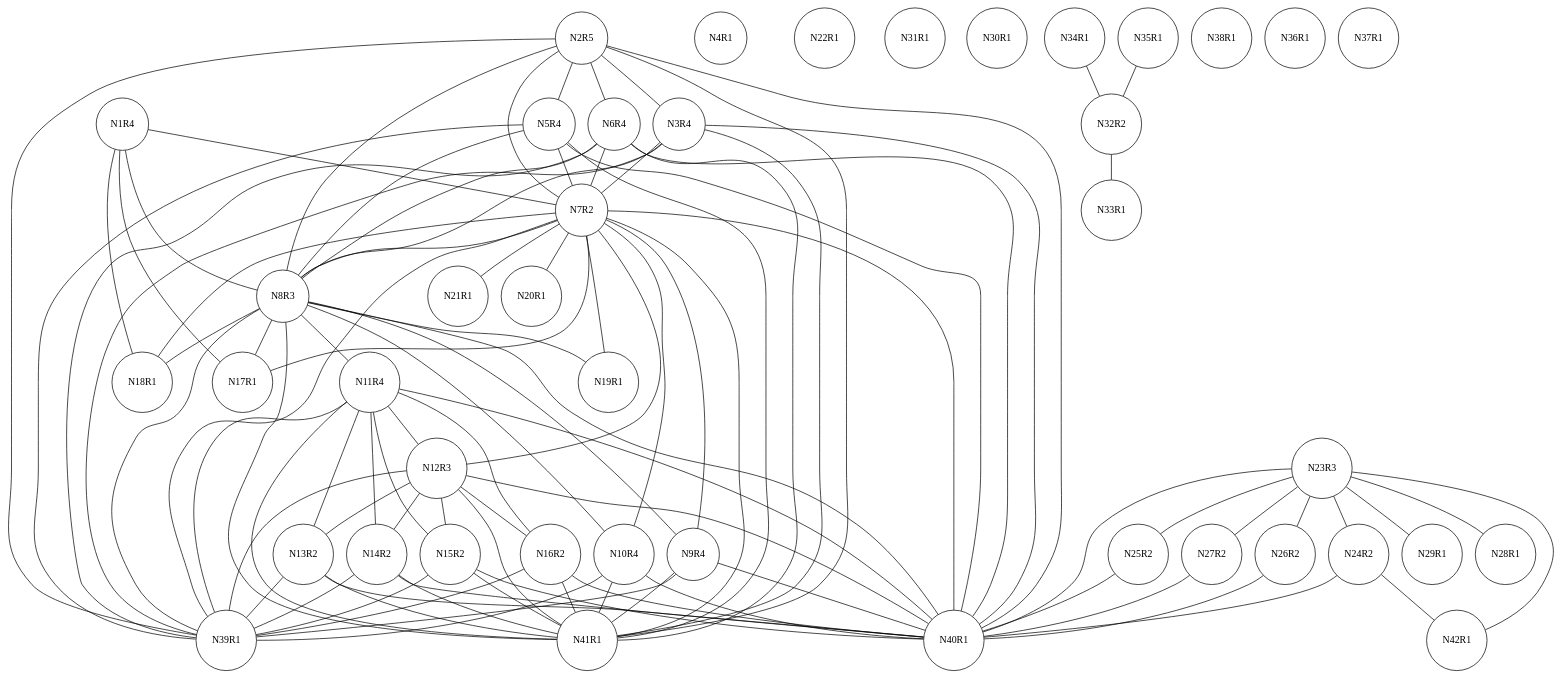
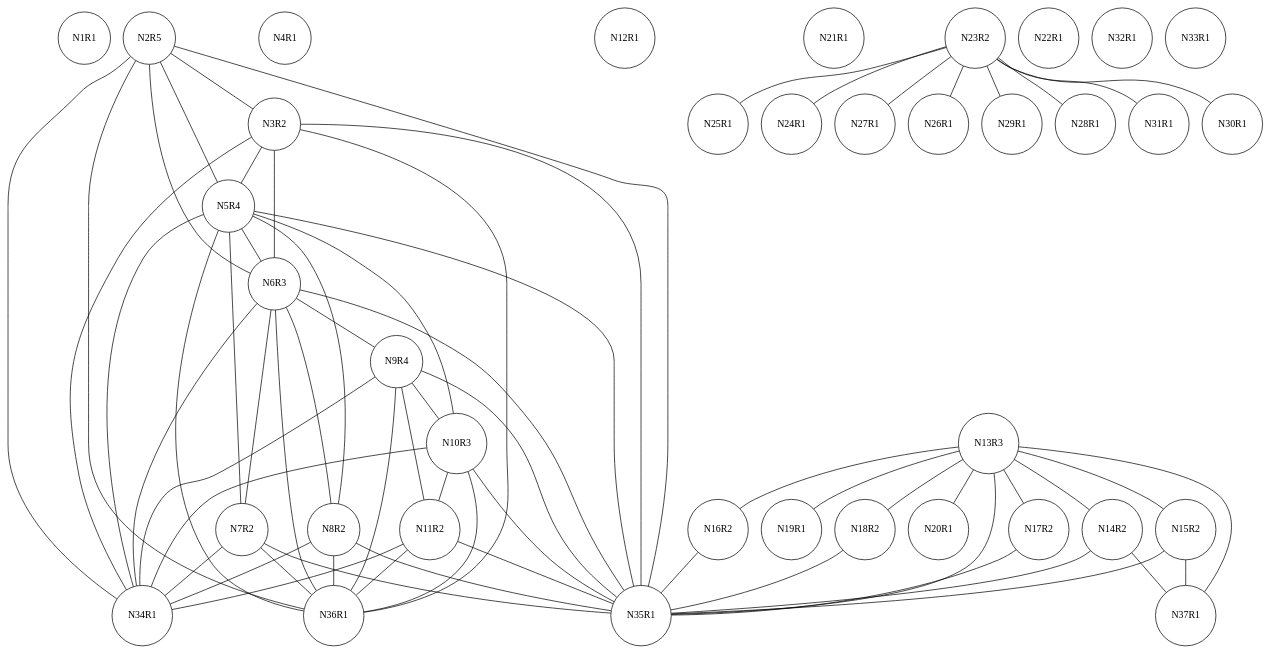
One commit to chris-wood/PL241-Compiler changed the diagram in project/caw001.txt.ig.dot. Above: the diagram before and after it, drawn with Graphviz. The commit also changed 13 other files, not shown here.

```diff
--- a/project/caw001.txt.ig.dot
+++ b/project/caw001.txt.ig.dot
@@ -1,142 +1,106 @@
 graph ig {
     node [shape = circle];
-    N1R4;
+    N1R1;
     N2R5;
-    N3R4;
+    N3R2;
     N4R1;
     N5R4;
-    N6R4;
+    N6R3;
     N7R2;
-    N8R3;
+    N8R2;
     N9R4;
-    N10R4;
-    N11R4;
-    N12R3;
-    N13R2;
+    N10R3;
+    N11R2;
+    N12R1;
+    N13R3;
     N14R2;
     N15R2;
-    N17R1;
+    N17R2;
     N16R2;
     N19R1;
-    N18R1;
+    N18R2;
     N21R1;
     N20R1;
-    N23R3;
+    N23R2;
     N22R1;
-    N25R2;
-    N24R2;
-    N27R2;
-    N26R2;
+    N25R1;
+    N24R1;
+    N27R1;
+    N26R1;
     N29R1;
     N28R1;
     N31R1;
     N30R1;
     N34R1;
     N35R1;
-    N32R2;
+    N32R1;
     N33R1;
-    N38R1;
-    N39R1;
     N36R1;
     N37R1;
-    N42R1;
-    N40R1;
-    N41R1;
-    N1R4 -- N18R1;
-    N1R4 -- N17R1;
-    N1R4 -- N7R2;
-    N1R4 -- N8R3;
-    N2R5 -- N6R4;
+    N2R5 -- N3R2;
     N2R5 -- N5R4;
-    N2R5 -- N40R1;
-    N2R5 -- N39R1;
-    N2R5 -- N7R2;
-    N2R5 -- N41R1;
-    N2R5 -- N8R3;
-    N2R5 -- N3R4;
-    N3R4 -- N40R1;
-    N3R4 -- N39R1;
-    N3R4 -- N7R2;
-    N3R4 -- N41R1;
-    N3R4 -- N8R3;
-    N5R4 -- N40R1;
-    N5R4 -- N39R1;
+    N2R5 -- N35R1;
+    N2R5 -- N36R1;
+    N2R5 -- N6R3;
+    N2R5 -- N34R1;
+    N3R2 -- N5R4;
+    N3R2 -- N35R1;
+    N3R2 -- N36R1;
+    N3R2 -- N6R3;
+    N3R2 -- N34R1;
+    N5R4 -- N10R3;
+    N5R4 -- N8R2;
     N5R4 -- N7R2;
-    N5R4 -- N41R1;
-    N5R4 -- N8R3;
-    N6R4 -- N40R1;
-    N6R4 -- N39R1;
-    N6R4 -- N7R2;
-    N6R4 -- N41R1;
-    N6R4 -- N8R3;
-    N7R2 -- N21R1;
-    N7R2 -- N20R1;
-    N7R2 -- N19R1;
-    N7R2 -- N18R1;
-    N7R2 -- N40R1;
-    N7R2 -- N39R1;
-    N7R2 -- N41R1;
-    N7R2 -- N17R1;
-    N7R2 -- N12R3;
-    N7R2 -- N8R3;
-    N7R2 -- N10R4;
-    N7R2 -- N9R4;
-    N8R3 -- N19R1;
-    N8R3 -- N18R1;
-    N8R3 -- N17R1;
-    N8R3 -- N40R1;
-    N8R3 -- N39R1;
-    N8R3 -- N41R1;
-    N8R3 -- N11R4;
-    N8R3 -- N10R4;
-    N8R3 -- N9R4;
-    N9R4 -- N40R1;
-    N9R4 -- N39R1;
-    N9R4 -- N41R1;
-    N10R4 -- N40R1;
-    N10R4 -- N39R1;
-    N10R4 -- N41R1;
-    N11R4 -- N16R2;
-    N11R4 -- N15R2;
-    N11R4 -- N12R3;
-    N11R4 -- N40R1;
-    N11R4 -- N39R1;
-    N11R4 -- N41R1;
-    N11R4 -- N14R2;
-    N11R4 -- N13R2;
-    N12R3 -- N16R2;
-    N12R3 -- N15R2;
-    N12R3 -- N39R1;
-    N12R3 -- N40R1;
-    N12R3 -- N41R1;
-    N12R3 -- N14R2;
-    N12R3 -- N13R2;
-    N13R2 -- N39R1;
-    N13R2 -- N40R1;
-    N13R2 -- N41R1;
-    N14R2 -- N39R1;
-    N14R2 -- N40R1;
-    N14R2 -- N41R1;
-    N15R2 -- N39R1;
-    N15R2 -- N40R1;
-    N15R2 -- N41R1;
-    N16R2 -- N40R1;
-    N16R2 -- N39R1;
-    N16R2 -- N41R1;
-    N23R3 -- N29R1;
-    N23R3 -- N28R1;
-    N23R3 -- N27R2;
-    N23R3 -- N26R2;
-    N23R3 -- N24R2;
-    N23R3 -- N42R1;
-    N23R3 -- N40R1;
-    N23R3 -- N25R2;
-    N25R2 -- N40R1;
-    N24R2 -- N42R1;
-    N24R2 -- N40R1;
-    N27R2 -- N40R1;
-    N26R2 -- N40R1;
-    N34R1 -- N32R2;
-    N35R1 -- N32R2;
-    N32R2 -- N33R1;
+    N5R4 -- N6R3;
+    N5R4 -- N35R1;
+    N5R4 -- N36R1;
+    N5R4 -- N34R1;
+    N6R3 -- N9R4;
+    N6R3 -- N8R2;
+    N6R3 -- N7R2;
+    N6R3 -- N35R1;
+    N6R3 -- N36R1;
+    N6R3 -- N34R1;
+    N7R2 -- N35R1;
+    N7R2 -- N36R1;
+    N7R2 -- N34R1;
+    N8R2 -- N35R1;
+    N8R2 -- N34R1;
+    N8R2 -- N36R1;
+    N9R4 -- N11R2;
+    N9R4 -- N10R3;
+    N9R4 -- N35R1;
+    N9R4 -- N34R1;
+    N9R4 -- N36R1;
+    N10R3 -- N11R2;
+    N10R3 -- N34R1;
+    N10R3 -- N35R1;
+    N10R3 -- N36R1;
+    N11R2 -- N35R1;
+    N11R2 -- N36R1;
+    N11R2 -- N34R1;
+    N13R3 -- N20R1;
+    N13R3 -- N19R1;
+    N13R3 -- N18R2;
+    N13R3 -- N17R2;
+    N13R3 -- N16R2;
+    N13R3 -- N37R1;
+    N13R3 -- N35R1;
+    N13R3 -- N15R2;
+    N13R3 -- N14R2;
+    N14R2 -- N37R1;
+    N14R2 -- N35R1;
+    N15R2 -- N37R1;
+    N15R2 -- N35R1;
+    N17R2 -- N35R1;
+    N16R2 -- N35R1;
+    N18R2 -- N35R1;
+    N23R2 -- N31R1;
+    N23R2 -- N30R1;
+    N23R2 -- N29R1;
+    N23R2 -- N28R1;
+    N23R2 -- N27R1;
+    N23R2 -- N26R1;
+    N23R2 -- N24R1;
+    N23R2 -- N25R1;
 }
```
